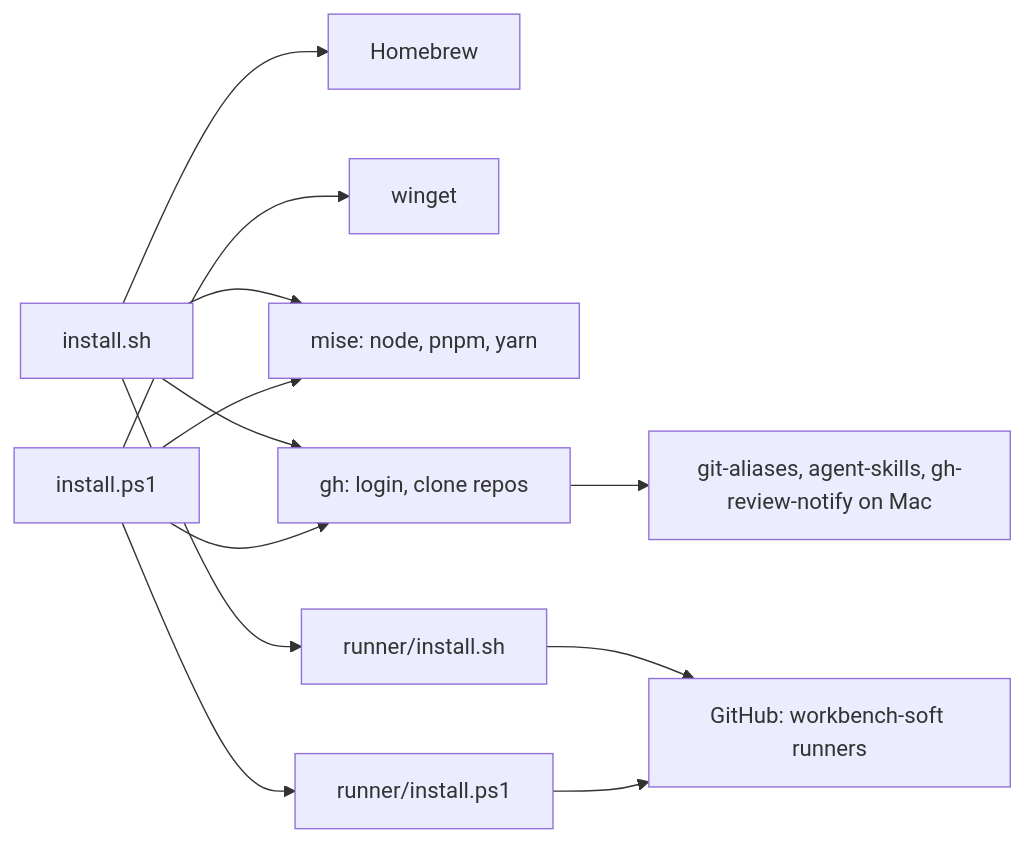
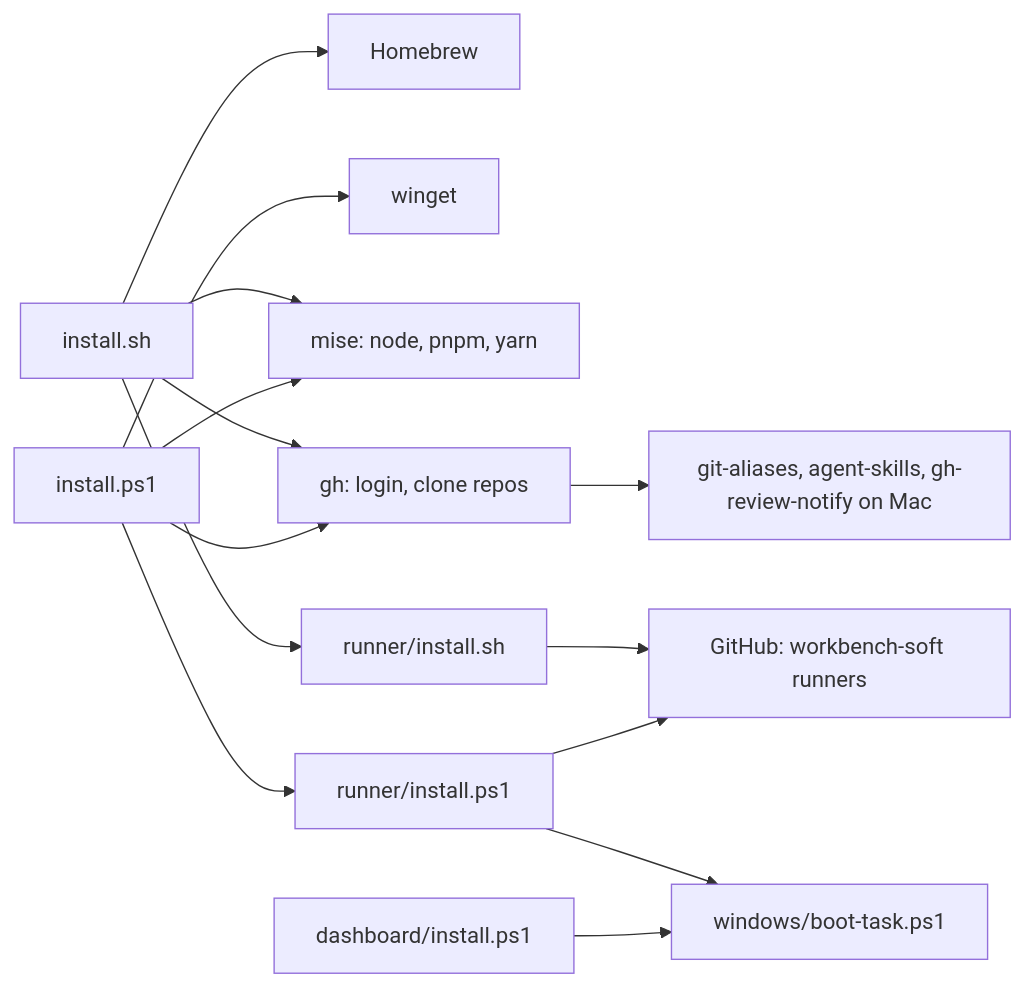
One commit to workbench-soft/local-ci changed the first of 3 diagrams in docs/architecture.md. Above: the diagram before and after it, drawn with Mermaid. The commit also changed other lines of this file and 10 other files, not shown here.

````diff
--- a/docs/architecture.md
+++ b/docs/architecture.md
@@ -18,11 +20,12 @@
 ```mermaid
 flowchart LR
   sh[install.sh] --> brew[Homebrew]
   ps[install.ps1] --> winget[winget]
   sh & ps --> mise[mise: node, pnpm, yarn]
   sh & ps --> gh[gh: login, clone repos]
   gh --> repos[git-aliases, agent-skills, gh-review-notify on Mac]
   sh --> rsh[runner/install.sh]
   ps --> rps[runner/install.ps1]
+  rps & dps[dashboard/install.ps1] --> boot[windows/boot-task.ps1]
   rsh & rps --> gha[GitHub: workbench-soft runners]
 ```
````
